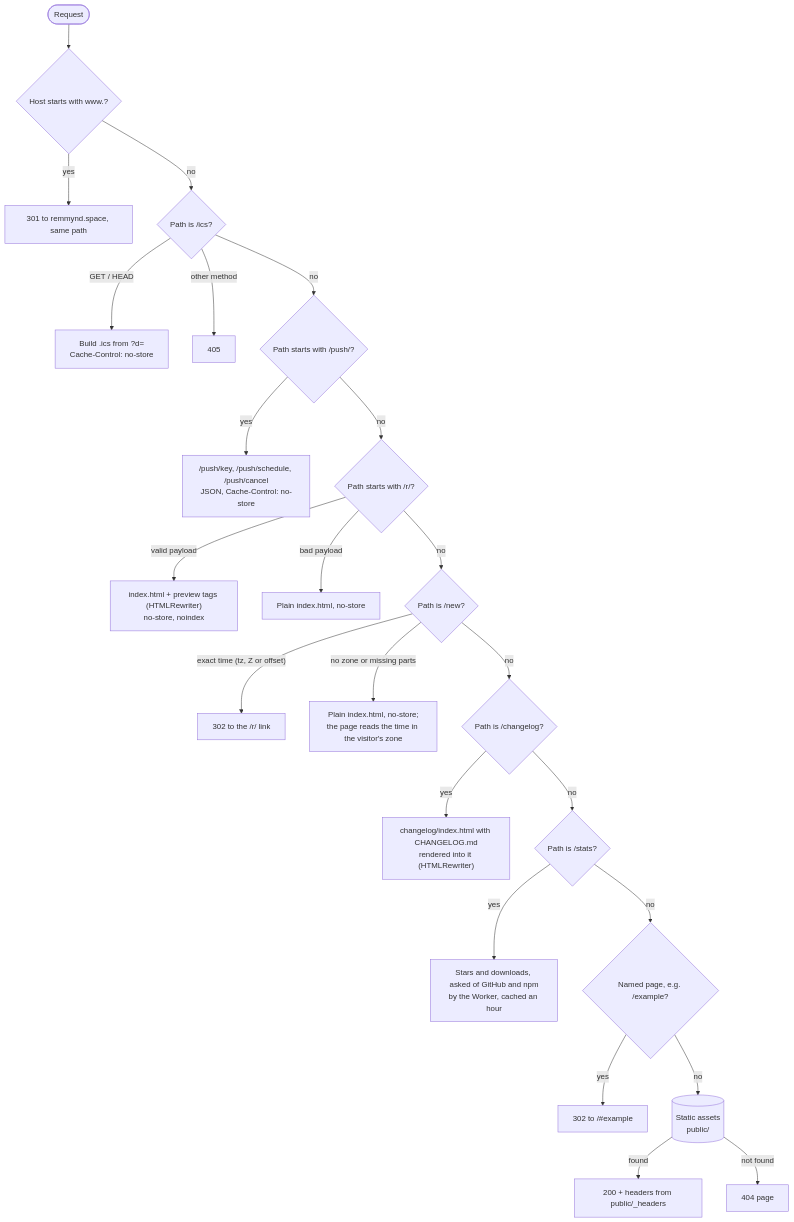
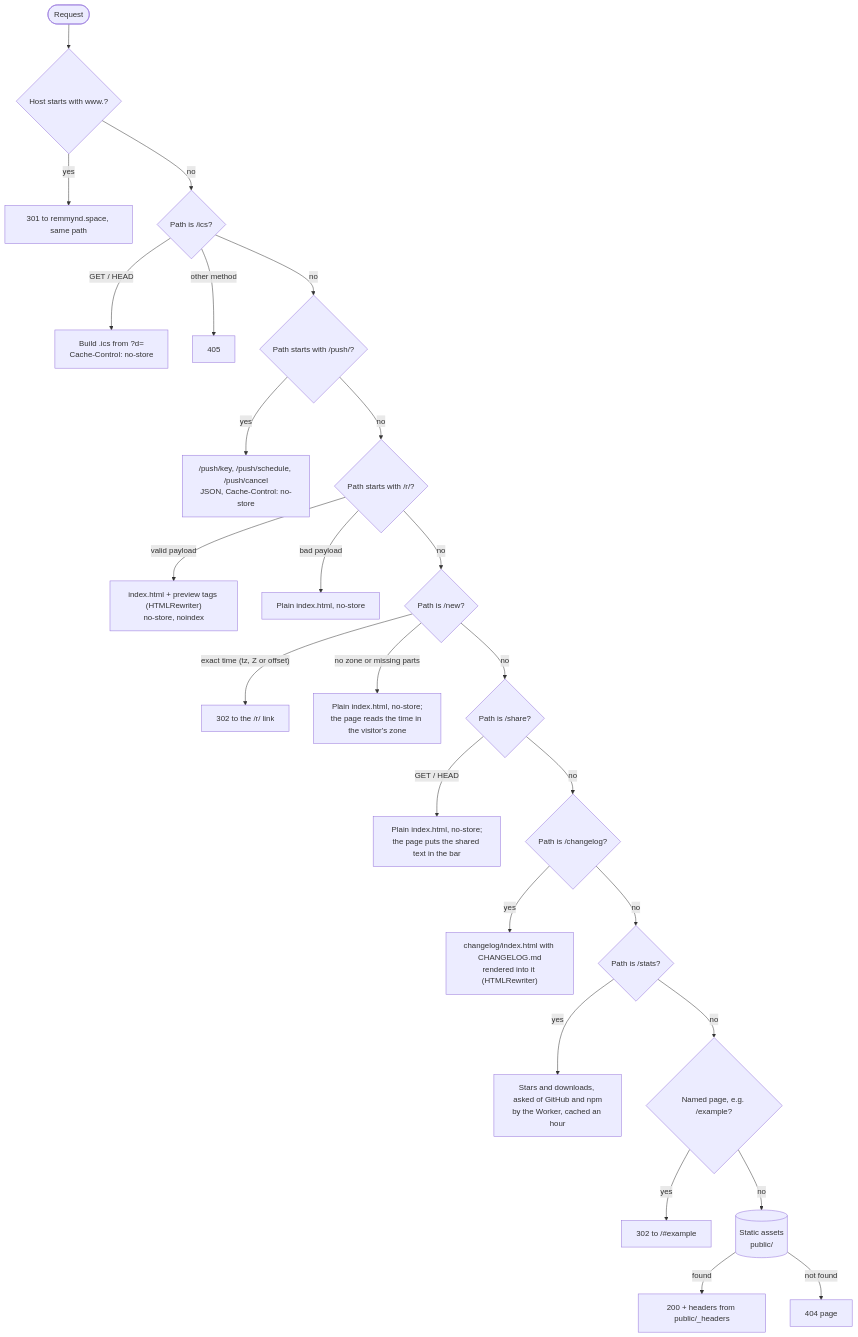
One commit to Remmynd/remmynd changed the third of 4 diagrams in docs/ARCHITECTURE.md. Above: the diagram before and after it, drawn with Mermaid. The commit also changed other lines of this file and 8 other files, not shown here.

First line of the commit message:
Share into remmynd from Android apps, and show what's live on the roadmap (#26)

````diff
--- a/docs/ARCHITECTURE.md
+++ b/docs/ARCHITECTURE.md
@@ -172,25 +172,27 @@
 ```mermaid
 flowchart TD
     R([Request]) --> W{Host starts with www.?}
     W -- yes --> RW[301 to remmynd.space, same path]
     W -- no --> I{Path is /ics?}
     I -- "GET / HEAD" --> ICS["Build .ics from ?d=<br/>Cache-Control: no-store"]
     I -- other method --> M405[405]
     I -- no --> PU{Path starts with /push/?}
     PU -- yes --> PR["/push/key, /push/schedule, /push/cancel<br/>JSON, Cache-Control: no-store"]
     PU -- no --> SR{Path starts with /r/?}
     SR -- "valid payload" --> PV["index.html + preview tags (HTMLRewriter)<br/>no-store, noindex"]
     SR -- "bad payload" --> SH["Plain index.html, no-store"]
     SR -- no --> NW{Path is /new?}
     NW -- "exact time (tz, Z or offset)" --> RN["302 to the /r/ link"]
     NW -- "no zone or missing parts" --> SN["Plain index.html, no-store;<br/>the page reads the time in the visitor's zone"]
-    NW -- no --> CL{Path is /changelog?}
+    NW -- no --> SHR{Path is /share?}
+    SHR -- "GET / HEAD" --> SHS["Plain index.html, no-store;<br/>the page puts the shared text in the bar"]
+    SHR -- no --> CL{Path is /changelog?}
     CL -- yes --> CR["changelog/index.html with CHANGELOG.md<br/>rendered into it (HTMLRewriter)"]
     CL -- no --> ST{Path is /stats?}
     ST -- yes --> SS["Stars and downloads, asked of GitHub and npm<br/>by the Worker, cached an hour"]
     ST -- no --> P{Named page, e.g. /example?}
     P -- yes --> RP["302 to /#example"]
     P -- no --> A[(Static assets<br/>public/)]
     A -- found --> OK[200 + headers from public/_headers]
     A -- not found --> NF[404 page]
 ```
````
